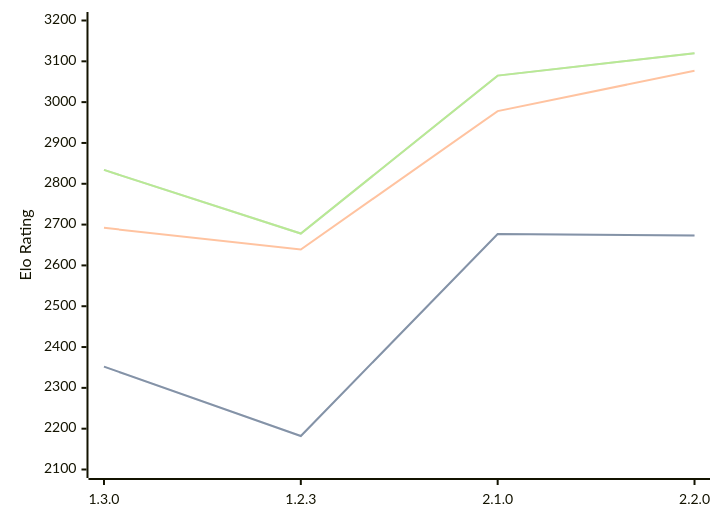
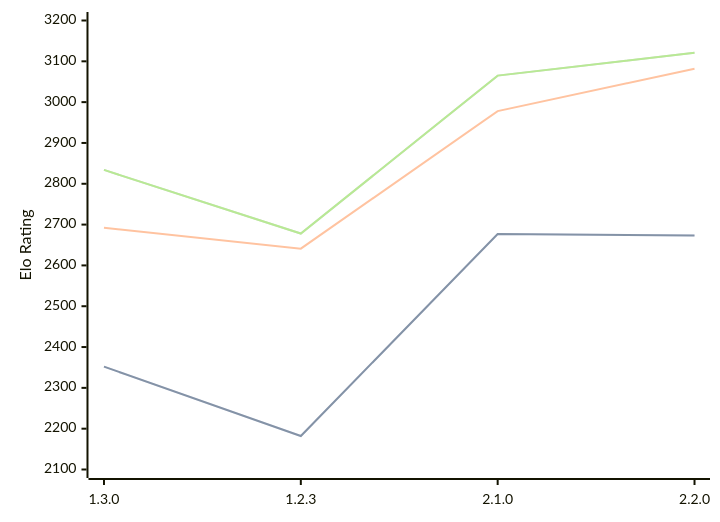
Before and after one commit to computer-chess-index/cci: the third of 3 diagrams in engines/Aspen.md, drawn with Mermaid. The commit also changed other lines of this file, not shown here.

Commit message:
Update CCI Ratings (ELO VLTC) - 2026-07-04

````diff
--- a/engines/Aspen.md
+++ b/engines/Aspen.md
@@ -76,11 +76,11 @@
 ```mermaid
 %%{init: {"theme":"base","themeVariables":{"seriesColors:['#a3a3a3','#222221','#faa371']}}}%%
 xychart-beta
   x-axis ["1.3.0", "1.2.3", "2.1.0", "2.2.0"]
   y-axis "Elo Rating" 2100 --> 3200
   line "STC (8.0+0.08s)" [2352, 2182, 2677, 2673]
   line "STC (8.0+0.08s)" [2352, 2182, 2677, 2673]
-  line "LTC (60.0+0.60s)" [2692, 2639, 2978, 3077]
-  line "VLTC (2m24s+1.12s)" [2834, 2678, 3065, 3120]
-  line "VLTC (2m24s+1.12s)" [2834, 2678, 3065, 3120]
+  line "LTC (60.0+0.60s)" [2692, 2641, 2978, 3082]
+  line "VLTC (2m24s+1.12s)" [2834, 2678, 3065, 3121]
+  line "VLTC (2m24s+1.12s)" [2834, 2678, 3065, 3121]
 ```
````
